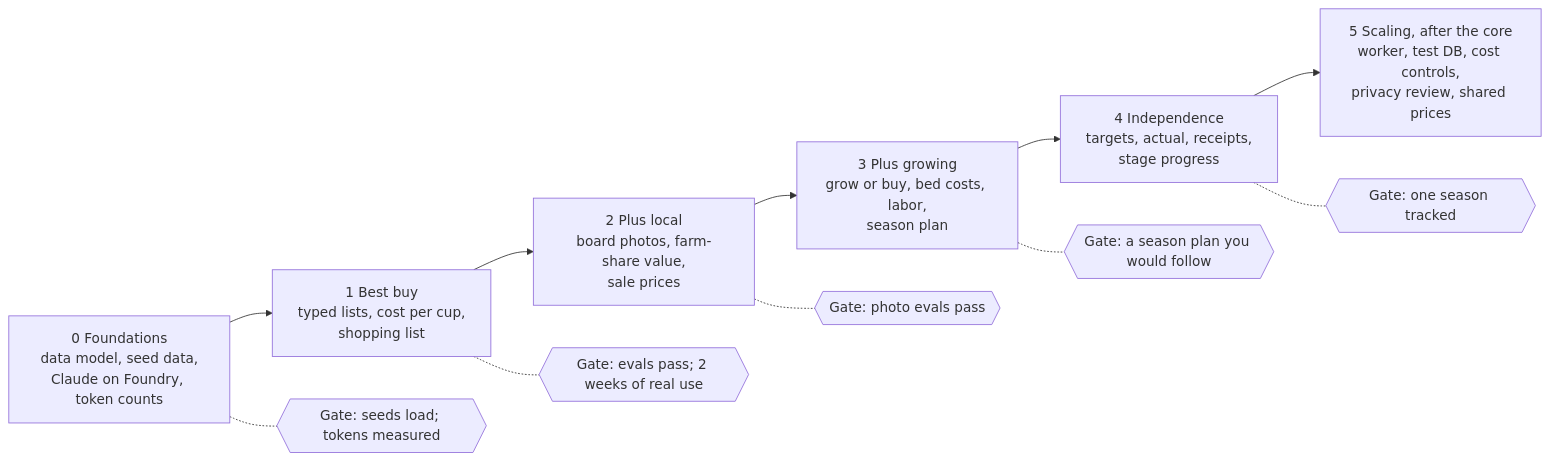
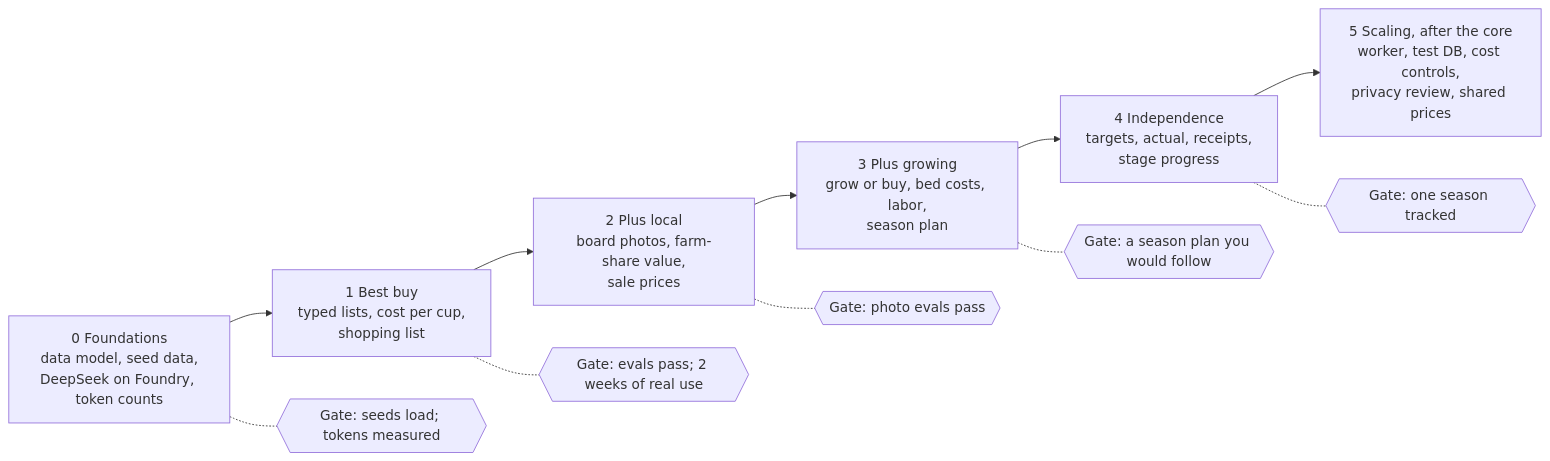
Before and after one commit to rmvw96-spec/patch-and-pantry: the diagram in docs/roadmap.md, drawn with Mermaid. The commit also changed other lines of this file and 4 other files, not shown here.

First line of the commit message:
Switch the planned model to DeepSeek-V3.2 on Foundry

````diff
--- a/docs/roadmap.md
+++ b/docs/roadmap.md
@@ -9,13 +9,13 @@
 ```mermaid
 flowchart LR
-    p0["0 Foundations<br/>data model, seed data,<br/>Claude on Foundry, token counts"] --> p1["1 Best buy<br/>typed lists, cost per cup,<br/>shopping list"]
+    p0["0 Foundations<br/>data model, seed data,<br/>DeepSeek on Foundry, token counts"] --> p1["1 Best buy<br/>typed lists, cost per cup,<br/>shopping list"]
     p1 --> p2["2 Plus local<br/>board photos, farm-share value,<br/>sale prices"]
     p2 --> p3["3 Plus growing<br/>grow or buy, bed costs, labor,<br/>season plan"]
     p3 --> p4["4 Independence<br/>targets, actual, receipts,<br/>stage progress"]
     p4 --> p5["5 Scaling, after the core<br/>worker, test DB, cost controls,<br/>privacy review, shared prices"]
     p0 -.- g0{{"Gate: seeds load; tokens measured"}}
     p1 -.- g1{{"Gate: evals pass; 2 weeks of real use"}}
     p2 -.- g2{{"Gate: photo evals pass"}}
     p3 -.- g3{{"Gate: a season plan you would follow"}}
     p4 -.- g4{{"Gate: one season tracked"}}
 ```
````
